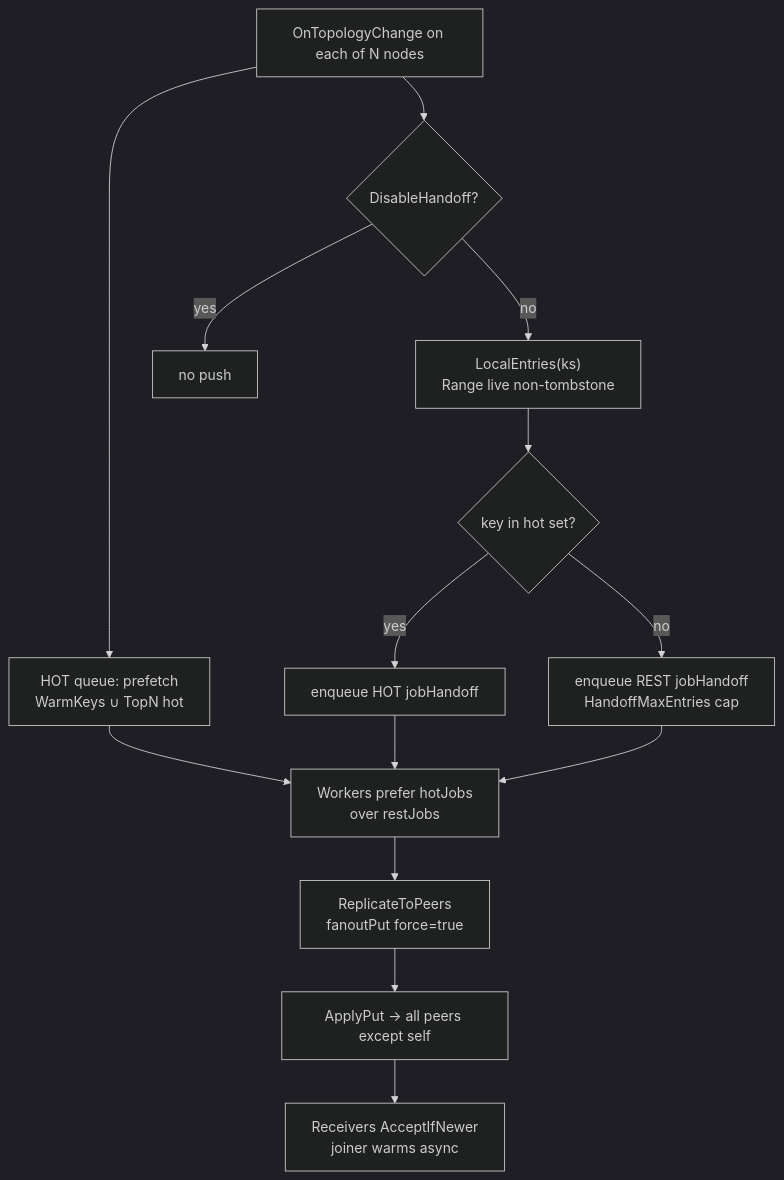
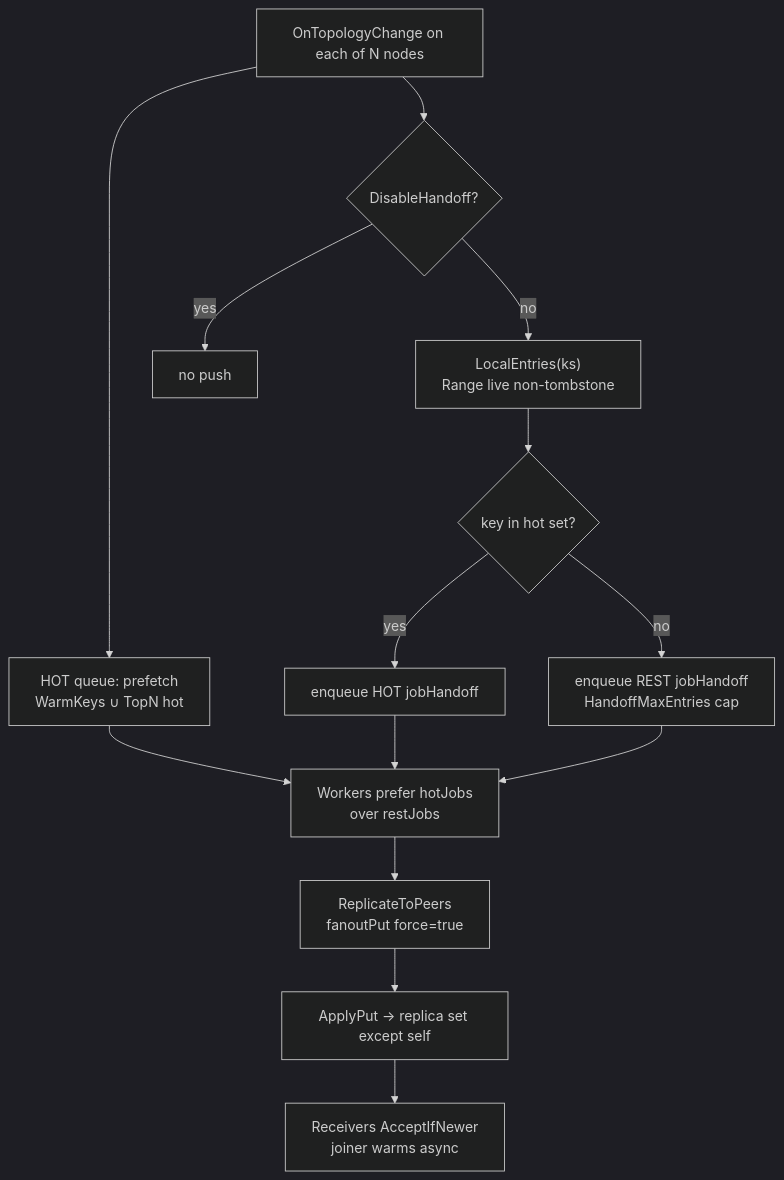
Diagram 11 of 18 in docs/CLUSTER_FLOWS.md (Code0987/supercache), drawn with Mermaid (dark theme) before and after one commit. The commit also changed other lines of this file and 17 other files, not shown here.

First line of the commit message:
Bound Put fan-out to a ring replica set.

````diff
--- a/docs/CLUSTER_FLOWS.md
+++ b/docs/CLUSTER_FLOWS.md
@@ -241,20 +241,20 @@
 ```mermaid
 flowchart TD
   T["OnTopologyChange on each of N nodes"] --> P1["HOT queue: prefetch<br/>WarmKeys ∪ TopN hot"]
   T --> DH{"DisableHandoff?"}
 
   DH -->|yes| SKIP["no push"]
   DH -->|no| LE["LocalEntries(ks)<br/>Range live non-tombstone"]
 
   LE --> SPLIT{"key in hot set?"}
   SPLIT -->|yes| HOT["enqueue HOT jobHandoff"]
   SPLIT -->|no| REST["enqueue REST jobHandoff<br/>HandoffMaxEntries cap"]
 
   P1 --> W["Workers prefer hotJobs<br/>over restJobs"]
   HOT --> W
   REST --> W
 
   W --> REP["ReplicateToPeers<br/>fanoutPut force=true"]
-  REP --> AP["ApplyPut → all peers except self"]
+  REP --> AP["ApplyPut → replica set except self"]
   AP --> J["Receivers AcceptIfNewer<br/>joiner warms async"]
 ```
````
